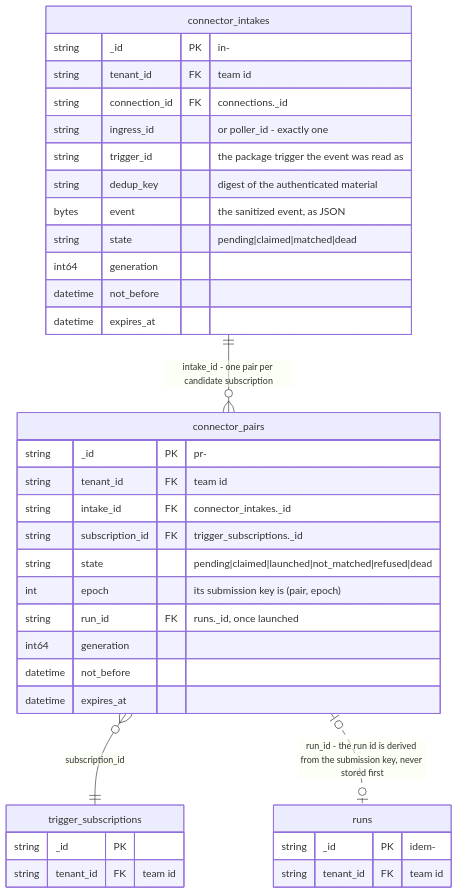
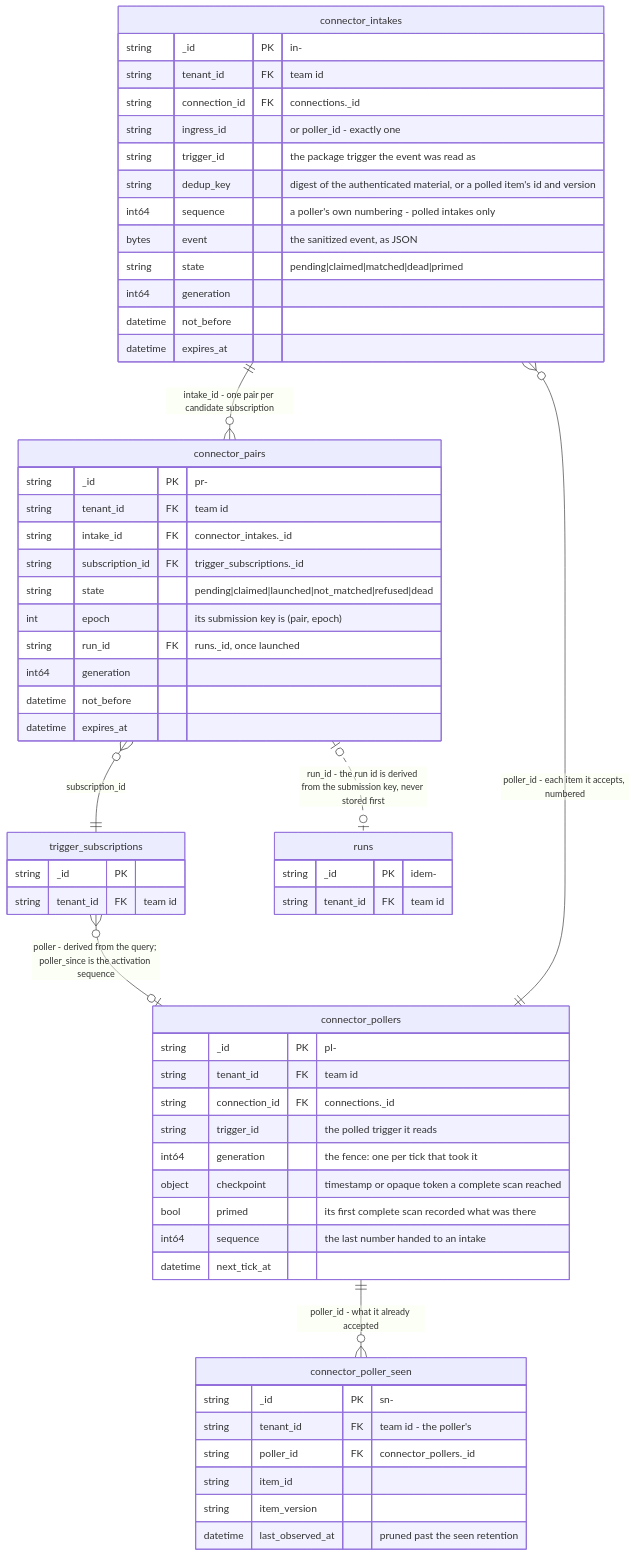
One commit to SocialGouv/iterion changed the fourth of 4 diagrams in docs/diagrams/data-model-automation.md. Above: the diagram before and after it, drawn with Mermaid. The commit also changed other lines of this file and 68 other files, not shown here.

First line of the commit message:
feat(connectors): pollers read a polled trigger — a fenced store, an elected tick, the save that activates

````diff
--- a/docs/diagrams/data-model-automation.md
+++ b/docs/diagrams/data-model-automation.md
@@ -208,39 +208,62 @@
 ```mermaid
 erDiagram
     connector_intakes {
         string _id PK "in-<digest of tenant, ingress or poller, dedup key>"
         string tenant_id FK "team id"
         string connection_id FK "connections._id"
         string ingress_id "or poller_id - exactly one"
         string trigger_id "the package trigger the event was read as"
-        string dedup_key "digest of the authenticated material"
+        string dedup_key "digest of the authenticated material, or a polled item's id and version"
+        int64 sequence "a poller's own numbering - polled intakes only"
         bytes event "the sanitized event, as JSON"
-        string state "pending|claimed|matched|dead"
+        string state "pending|claimed|matched|dead|primed"
         int64 generation
         datetime not_before
         datetime expires_at
     }
     connector_pairs {
         string _id PK "pr-<digest of intake, subscription>"
         string tenant_id FK "team id"
         string intake_id FK "connector_intakes._id"
         string subscription_id FK "trigger_subscriptions._id"
         string state "pending|claimed|launched|not_matched|refused|dead"
         int epoch "its submission key is (pair, epoch)"
         string run_id FK "runs._id, once launched"
         int64 generation
         datetime not_before
         datetime expires_at
     }
     trigger_subscriptions {
         string _id PK
         string tenant_id FK "team id"
     }
     runs {
         string _id PK "idem-<uuid v5 of tenant and submission key>"
         string tenant_id FK "team id"
     }
+    connector_pollers {
+        string _id PK "pl-<digest of tenant, connection, trigger, query values>"
+        string tenant_id FK "team id"
+        string connection_id FK "connections._id"
+        string trigger_id "the polled trigger it reads"
+        int64 generation "the fence: one per tick that took it"
+        object checkpoint "timestamp or opaque token a complete scan reached"
+        bool primed "its first complete scan recorded what was there"
+        int64 sequence "the last number handed to an intake"
+        datetime next_tick_at
+    }
+    connector_poller_seen {
+        string _id PK "sn-<digest of poller, item id, item version>"
+        string tenant_id FK "team id - the poller's"
+        string poller_id FK "connector_pollers._id"
+        string item_id
+        string item_version
+        datetime last_observed_at "pruned past the seen retention"
+    }
+    connector_pollers ||--o{ connector_poller_seen : "poller_id - what it already accepted"
+    connector_pollers ||--o{ connector_intakes : "poller_id - each item it accepts, numbered"
+    trigger_subscriptions }o--o| connector_pollers : "poller - derived from the query; poller_since is the activation sequence"
     connector_intakes ||--o{ connector_pairs : "intake_id - one pair per candidate subscription"
     connector_pairs }o--|| trigger_subscriptions : "subscription_id"
     connector_pairs |o..o| runs : "run_id - the run id is derived from the submission key, never stored first"
 ```
````
